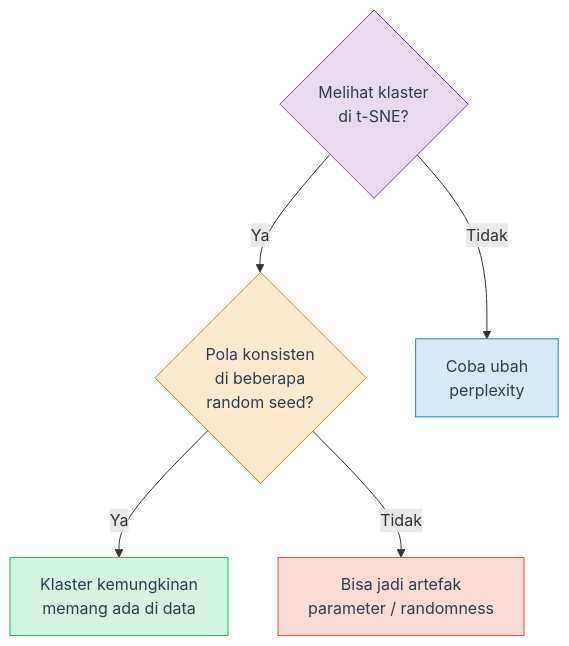
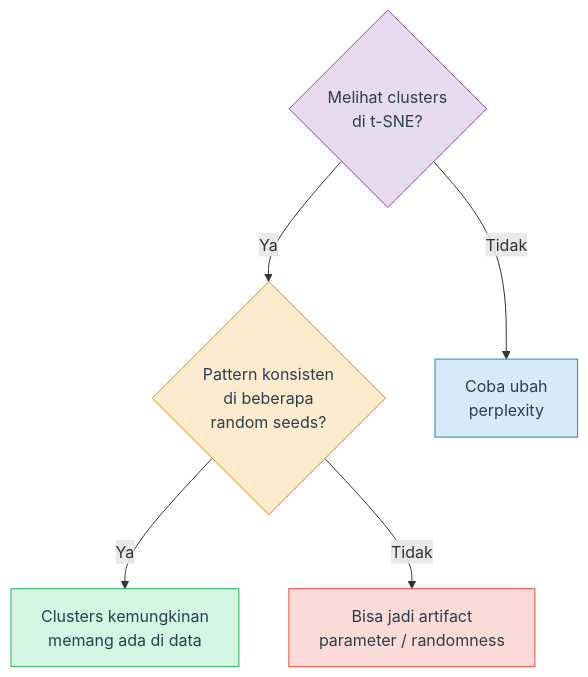
The second of 2 diagrams in week-02/t-SNE.md (0xkeonho/Modul-Data-Mining), drawn with Mermaid before and after one commit. The commit also changed other lines of this file and 3 other files, not shown here.

````diff
--- a/week-02/t-SNE.md
+++ b/week-02/t-SNE.md
@@ -286,13 +344,13 @@
 ```mermaid
 graph TD
-    A{"Melihat klaster<br>di t-SNE?"} -->|Ya| B{"Pola konsisten<br>di beberapa<br>random seed?"}
-    B -->|Ya| C["Klaster kemungkinan<br>memang ada di data"]
-    B -->|Tidak| D["Bisa jadi artefak<br>parameter / randomness"]
+    A{"Melihat clusters<br>di t-SNE?"} -->|Ya| B{"Pattern konsisten<br>di beberapa<br>random seeds?"}
+    B -->|Ya| C["Clusters kemungkinan<br>memang ada di data"]
+    B -->|Tidak| D["Bisa jadi artifact<br>parameter / randomness"]
     A -->|Tidak| E["Coba ubah<br>perplexity"]
 
     style A fill:#e8daef,stroke:#8e44ad,color:#2c3e50
     style B fill:#fdebd0,stroke:#e67e22,color:#2c3e50
     style C fill:#d5f5e3,stroke:#27ae60,color:#2c3e50
     style D fill:#fadbd8,stroke:#e74c3c,color:#2c3e50
     style E fill:#d6eaf8,stroke:#2980b9,color:#2c3e50
 ```
````
